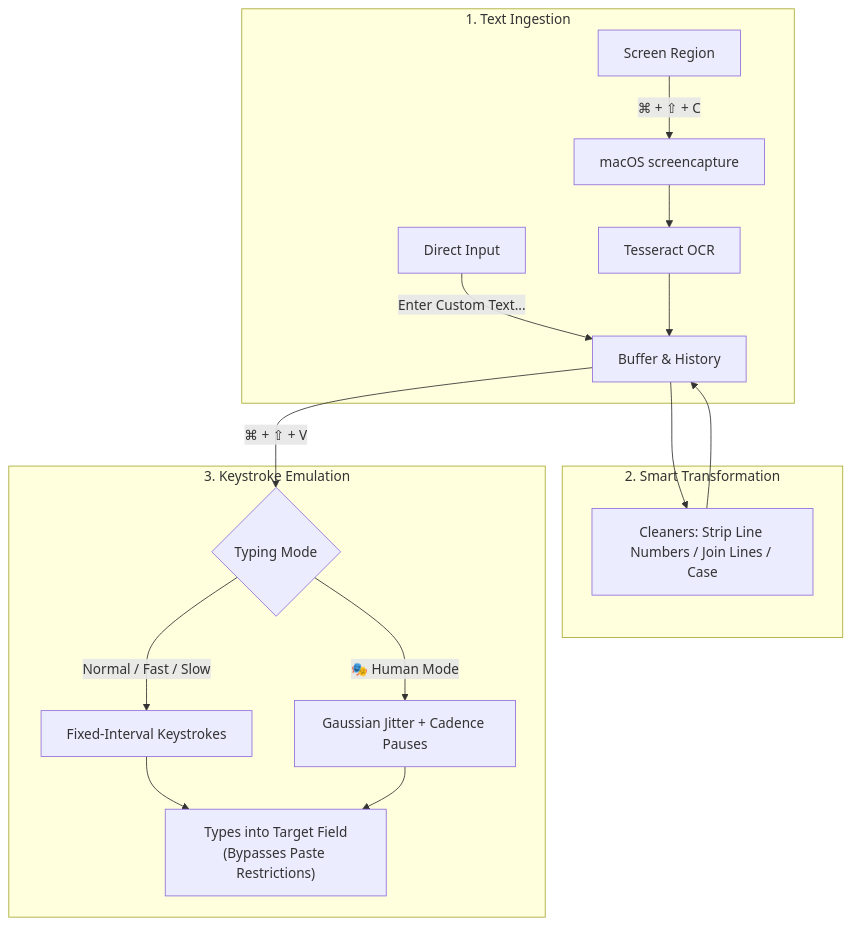
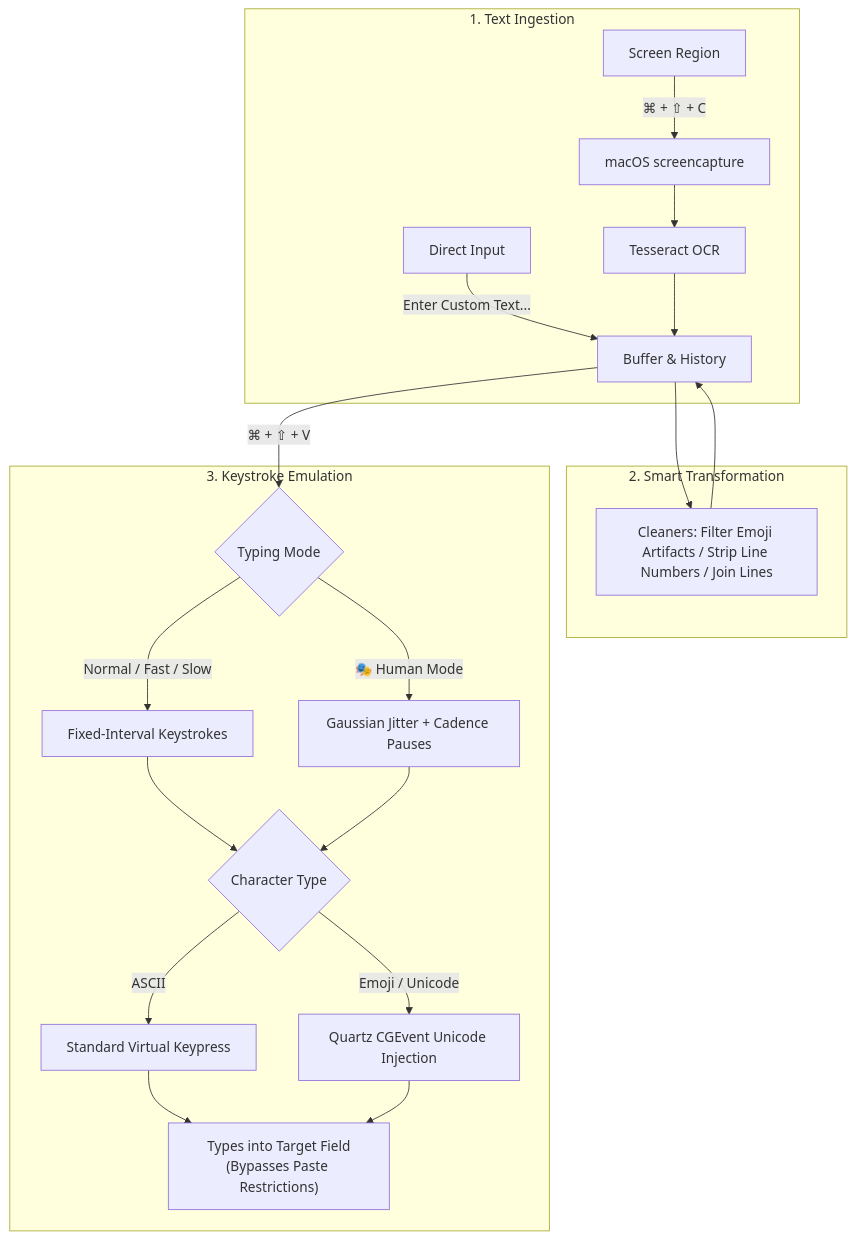
The diagram in README.md (bhaveshk25/VisionType), drawn with Mermaid before and after one commit. The commit also changed other lines of this file and 1 other file, not shown here.

Commit message:
Rebrand to VisionType and implement native Unicode and Emoji keystroke typing with Quartz

````diff
--- a/README.md
+++ b/README.md
@@ -50,22 +53,26 @@
 ```mermaid
 flowchart TD
     subgraph Capture["1. Text Ingestion"]
         A["Screen Region"] -->|"⌘ + ⇧ + C"| B["macOS screencapture"]
         B --> C["Tesseract OCR"]
         D["Direct Input"] -->|"Enter Custom Text..."| E["Buffer & History"]
         C --> E
     end
 
     subgraph Cleaning["2. Smart Transformation"]
-        E --> F["Cleaners: Strip Line Numbers / Join Lines / Case"]
+        E --> F["Cleaners: Filter Emoji Artifacts / Strip Line Numbers / Join Lines"]
         F --> E
     end
 
     subgraph Typing["3. Keystroke Emulation"]
         E -->|"⌘ + ⇧ + V"| G{"Typing Mode"}
         G -->|"Normal / Fast / Slow"| H["Fixed-Interval Keystrokes"]
         G -->|"🎭 Human Mode"| I["Gaussian Jitter + Cadence Pauses"]
-        H --> J["Types into Target Field\n(Bypasses Paste Restrictions)"]
+        H --> J{"Character Type"}
         I --> J
+        J -->|"ASCII"| K["Standard Virtual Keypress"]
+        J -->|"Emoji / Unicode"| L["Quartz CGEvent Unicode Injection"]
+        K --> M["Types into Target Field\n(Bypasses Paste Restrictions)"]
+        L --> M
     end
 ```
````
